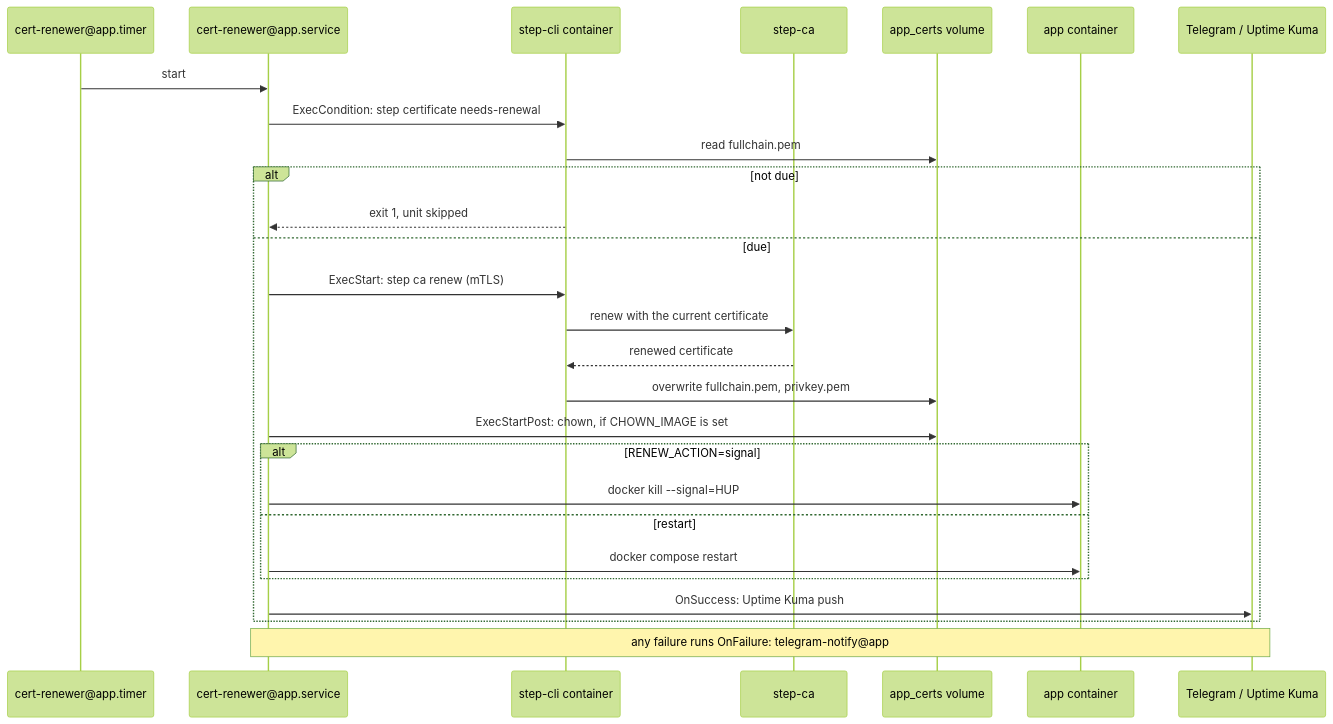
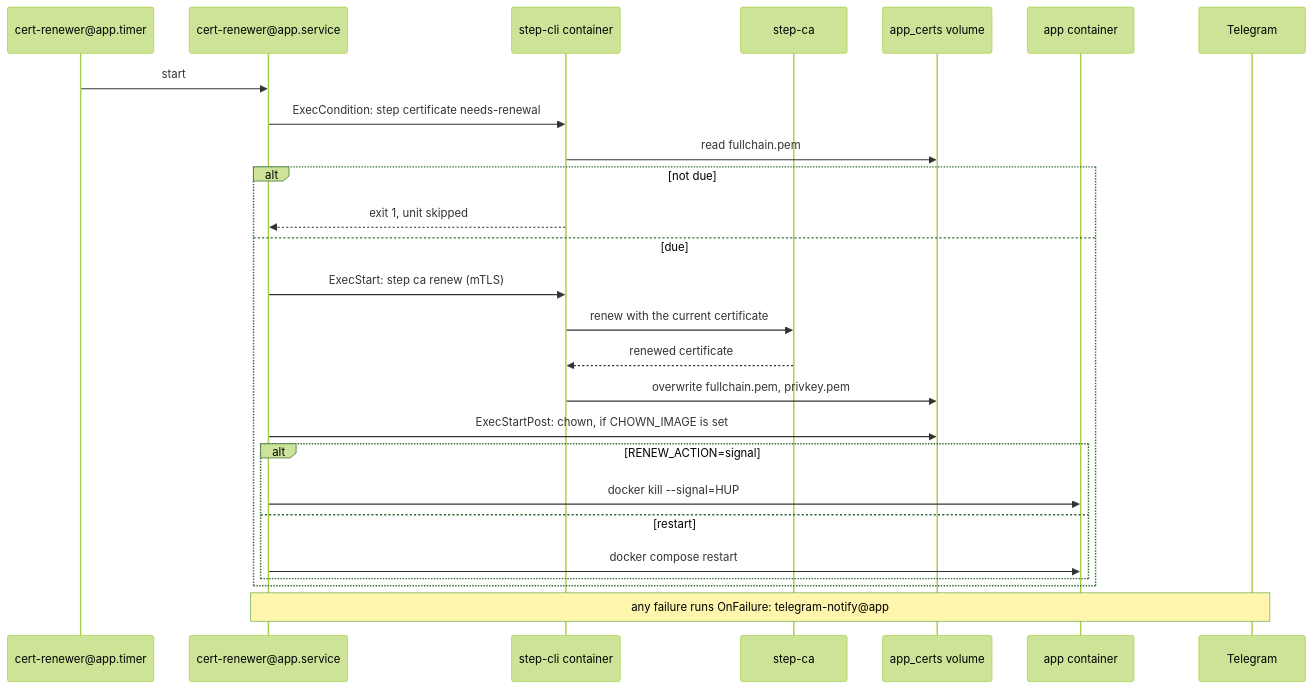
Before and after one commit to wenenhoe/homelab: the second of 2 diagrams in docs/architecture/internal-pki-flow.md, drawn with Mermaid (forest theme). The commit also changed 22 other files, not shown here.

First line of the commit message:
docs: describe job heartbeats without Uptime Kuma

````diff
--- a/docs/architecture/internal-pki-flow.md
+++ b/docs/architecture/internal-pki-flow.md
@@ -37,30 +37,29 @@
 ```mermaid
 sequenceDiagram
     participant Timer as cert-renewer@app.timer
     participant Svc as cert-renewer@app.service
     participant Step as step-cli container
     participant CA as step-ca
     participant Vol as app_certs volume
     participant App as app container
-    participant Out as Telegram / Uptime Kuma
+    participant Out as Telegram
 
     Timer->>Svc: start
     Svc->>Step: ExecCondition: step certificate needs-renewal
     Step->>Vol: read fullchain.pem
     alt not due
         Step-->>Svc: exit 1, unit skipped
     else due
         Svc->>Step: ExecStart: step ca renew (mTLS)
         Step->>CA: renew with the current certificate
         CA-->>Step: renewed certificate
         Step->>Vol: overwrite fullchain.pem, privkey.pem
         Svc->>Vol: ExecStartPost: chown, if CHOWN_IMAGE is set
         alt RENEW_ACTION=signal
             Svc->>App: docker kill --signal=HUP
         else restart
             Svc->>App: docker compose restart
         end
-        Svc->>Out: OnSuccess: Uptime Kuma push
     end
     Note over Svc,Out: any failure runs OnFailure: telegram-notify@app
 ```
````
